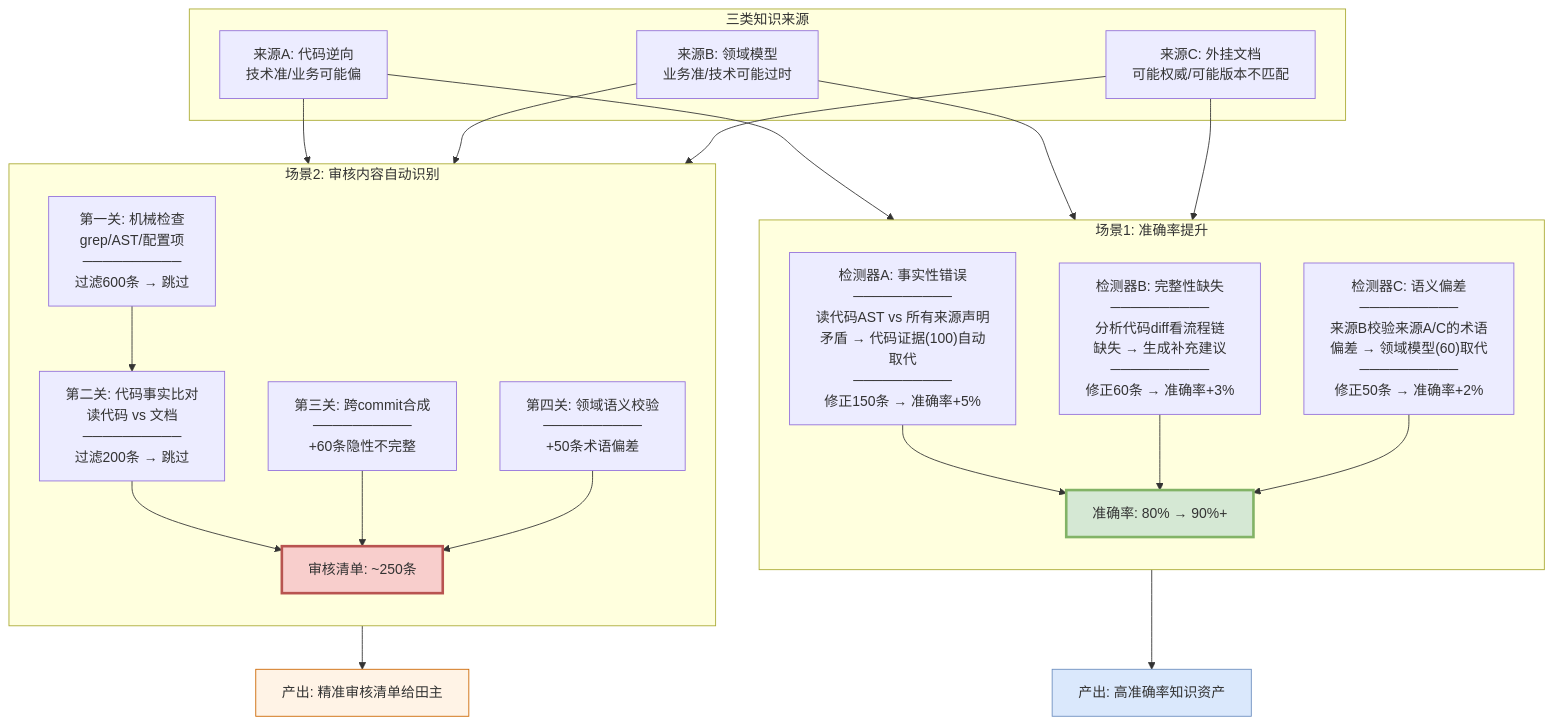
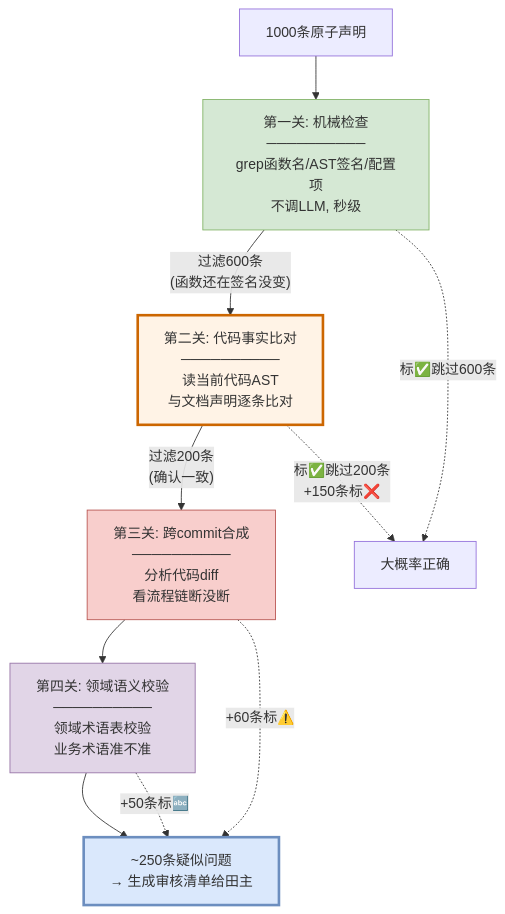
The fifth of 7 diagrams in POC/存量知识资产治理完整解决方案.md (hututuxinyu/Memory), drawn with Mermaid before and after one commit. The commit also changed other lines of this file, not shown here.

Commit message:
refactor: restructure solution - clean process flow on top, key technologies detailed in each step's chapter (cold start, write gate, conflict detection, quality check, skill refinement, retrieval, outcomes)

````diff
--- a/POC/存量知识资产治理完整解决方案.md
+++ b/POC/存量知识资产治理完整解决方案.md
@@ -430,47 +285,19 @@
 ```mermaid
 flowchart TD
-    subgraph Input["三类知识来源"]
-        SA["来源A: 代码逆向<br/>技术准/业务可能偏"]
-        SB["来源B: 领域模型<br/>业务准/技术可能过时"]
-        SC["来源C: 外挂文档<br/>可能权威/可能版本不匹配"]
-    end
+    A["1000条原子声明"] --> Q1["第一关: 机械检查<br/>──────────<br/>grep函数名/AST签名/配置项<br/>不调LLM, 秒级"]
+    Q1 -->|"过滤600条<br/>(函数还在签名没变)"| Q2["第二关: 代码事实比对<br/>──────────<br/>读当前代码AST<br/>与文档声明逐条比对"]
+    Q2 -->|"过滤200条<br/>(确认一致)"| Q3["第三关: 跨commit合成<br/>──────────<br/>分析代码diff<br/>看流程链断没断"]
+    Q3 --> Q4["第四关: 领域语义校验<br/>──────────<br/>领域术语表校验<br/>业务术语准不准"]
+    Q4 --> R["~250条疑似问题<br/>→ 生成审核清单给田主"]
+    
+    Q1 -.->|"标✅跳过600条"| Pass["大概率正确"]
+    Q2 -.->|"标✅跳过200条<br>+150条标❌"| Pass
+    Q3 -.->|"+60条标⚠️"| R
+    Q4 -.->|"+50条标🔤"| R
 
-    subgraph Scenario1["场景1: 准确率提升"]
-        direction TB
-        S1A["检测器A: 事实性错误<br/>──────────<br/>读代码AST vs 所有来源声明<br/>矛盾 → 代码证据(100)自动取代<br/>──────────<br/>修正150条 → 准确率+5%"]
-        S1B["检测器B: 完整性缺失<br/>──────────<br/>分析代码diff看流程链<br/>缺失 → 生成补充建议<br/>──────────<br/>修正60条 → 准确率+3%"]
-        S1C["检测器C: 语义偏差<br/>──────────<br/>来源B校验来源A/C的术语<br/>偏差 → 领域模型(60)取代<br/>──────────<br/>修正50条 → 准确率+2%"]
-        
-        S1A --> S1Result["准确率: 80% → 90%+"]
-        S1B --> S1Result
-        S1C --> S1Result
-    end
-
-    subgraph Scenario2["场景2: 审核内容自动识别"]
-        direction TB
-        S2A["第一关: 机械检查<br/>grep/AST/配置项<br/>──────────<br/>过滤600条 → 跳过"]
-        S2B["第二关: 代码事实比对<br/>读代码 vs 文档<br/>──────────<br/>过滤200条 → 跳过"]
-        S2C["第三关: 跨commit合成<br/>──────────<br/>+60条隐性不完整"]
-        S2D["第四关: 领域语义校验<br/>──────────<br/>+50条术语偏差"]
-        
-        S2A --> S2B
-        S2B --> S2Result["审核清单: ~250条"]
-        S2C --> S2Result
-        S2D --> S2Result
-    end
-
-    SA --> Scenario1
-    SB --> Scenario1
-    SC --> Scenario1
-    SA --> Scenario2
-    SB --> Scenario2
-    SC --> Scenario2
-
-    S1Result --> Output["产出: 高准确率知识资产"]
-    S2Result --> Review["产出: 精准审核清单给田主"]
-
-    style S1Result fill:#d5e8d4,stroke:#82b366,stroke-width:3px
-    style S2Result fill:#f8cecc,stroke:#b85450,stroke-width:3px
-    style Output fill:#dae8fc,stroke:#6c8ebf
-    style Review fill:#fff3e6,stroke:#cc6600
+    style Q1 fill:#d5e8d4,stroke:#82b366
+    style Q2 fill:#fff3e6,stroke:#cc6600,stroke-width:3px
+    style Q3 fill:#f8cecc,stroke:#b85450
+    style Q4 fill:#e1d5e7,stroke:#9673a6
+    style R fill:#dae8fc,stroke:#6c8ebf,stroke-width:3px
 ```
````
